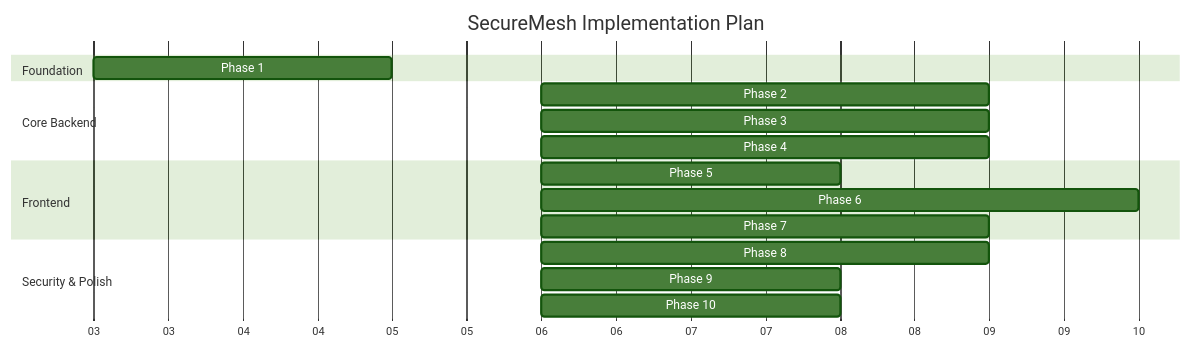
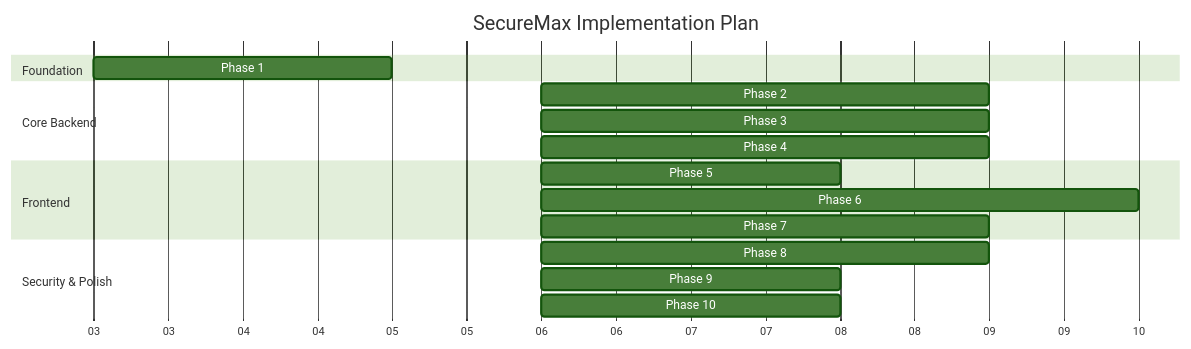
One commit to vasuislive1139/securemax-sih-2026 changed the diagram in IMPLEMENTATION_PLAN.md. Above: the diagram before and after it, drawn with Mermaid (forest theme). The commit also changed other lines of this file and 63 other files, not shown here.

First line of the commit message:
feat: complete Cyber Command Interface redesign and production auth flow

````diff
--- a/IMPLEMENTATION_PLAN.md
+++ b/IMPLEMENTATION_PLAN.md
@@ -134,24 +134,24 @@
 ```mermaid
 gantt
-    title SecureMesh Implementation Plan
+    title SecureMax Implementation Plan
     dateFormat  YYYY-MM-DD
     axisFormat  %d
     
     section Foundation
     Phase 1: Foundation      :p1, 2026-09-03, 2d
     
     section Core Backend
     Phase 2: Core Library    :p2, after p1, 3d
     Phase 3: Smart Contracts :p3, after p1, 3d
     Phase 4: API Layer       :p4, after p2, 3d
     
     section Frontend
     Phase 5: Auth & Layout   :p5, after p4, 2d
     Phase 6: Core Features   :p6, after p5, 4d
     Phase 7: Security UI     :p7, after p6, 3d
     
     section Security & Polish
     Phase 8: Sentinel Engine :p8, after p4, 3d
     Phase 9: E2E Testing     :p9, after p7, 2d
     Phase 10: Deployment     :p10, after p9, 2d
 ```
````
